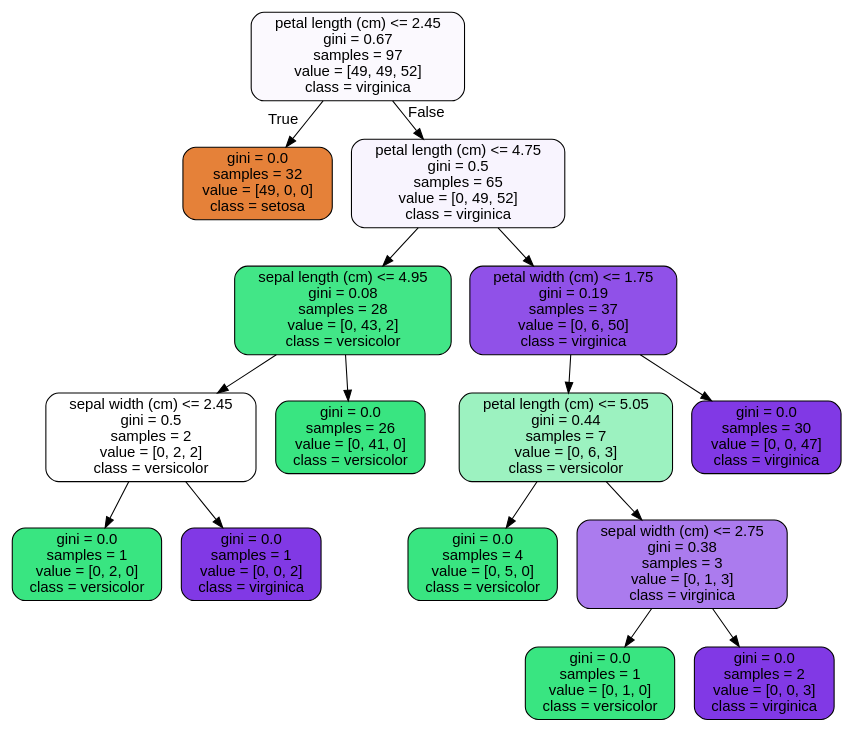
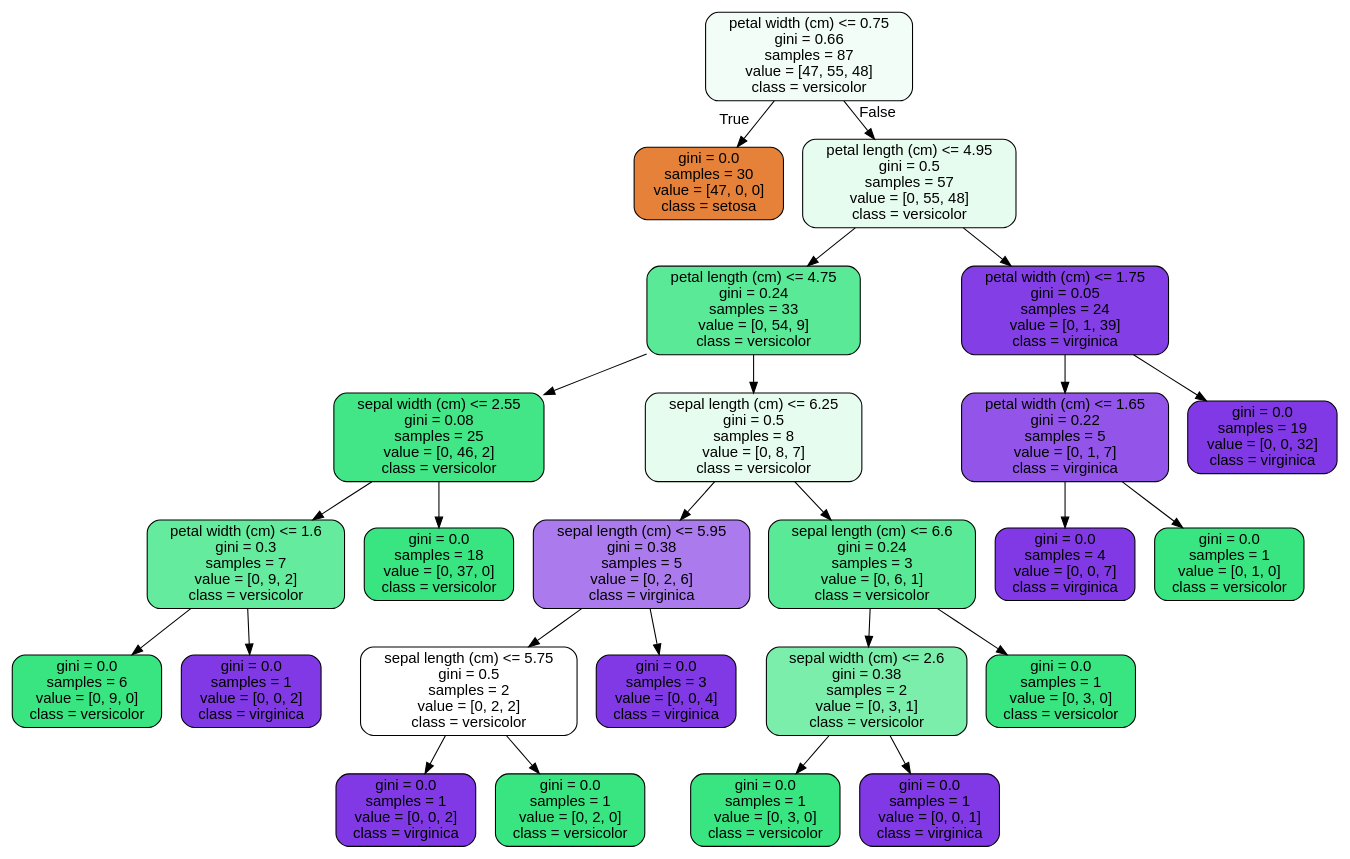
The diagram in Unit 14 - Supervised Learning/14.4 Random Forest Coronavirus case study/tree.dot (TSchwenn/dsc), drawn with Graphviz before and after one commit. The commit also changed 2 other files, not shown here.

```diff
--- a/Unit 14 - Supervised Learning/14.4 Random Forest Coronavirus case study/tree.dot
+++ b/Unit 14 - Supervised Learning/14.4 Random Forest Coronavirus case study/tree.dot
@@ -1,33 +1,53 @@
 digraph Tree {
 node [shape=box, style="filled, rounded", color="black", fontname="helvetica"] ;
 edge [fontname="helvetica"] ;
-0 [label="petal length (cm) <= 2.45\ngini = 0.67\nsamples = 97\nvalue = [49, 49, 52]\nclass = virginica", fillcolor="#fbf9fe"] ;
-1 [label="gini = 0.0\nsamples = 32\nvalue = [49, 0, 0]\nclass = setosa", fillcolor="#e58139"] ;
+0 [label="petal width (cm) <= 0.75\ngini = 0.66\nsamples = 87\nvalue = [47, 55, 48]\nclass = versicolor", fillcolor="#f1fdf6"] ;
+1 [label="gini = 0.0\nsamples = 30\nvalue = [47, 0, 0]\nclass = setosa", fillcolor="#e58139"] ;
 0 -> 1 [labeldistance=2.5, labelangle=45, headlabel="True"] ;
-2 [label="petal length (cm) <= 4.75\ngini = 0.5\nsamples = 65\nvalue = [0, 49, 52]\nclass = virginica", fillcolor="#f8f4fe"] ;
+2 [label="petal length (cm) <= 4.95\ngini = 0.5\nsamples = 57\nvalue = [0, 55, 48]\nclass = versicolor", fillcolor="#e6fcef"] ;
 0 -> 2 [labeldistance=2.5, labelangle=-45, headlabel="False"] ;
-3 [label="sepal length (cm) <= 4.95\ngini = 0.08\nsamples = 28\nvalue = [0, 43, 2]\nclass = versicolor", fillcolor="#42e687"] ;
+3 [label="petal length (cm) <= 4.75\ngini = 0.24\nsamples = 33\nvalue = [0, 54, 9]\nclass = versicolor", fillcolor="#5ae996"] ;
 2 -> 3 ;
-4 [label="sepal width (cm) <= 2.45\ngini = 0.5\nsamples = 2\nvalue = [0, 2, 2]\nclass = versicolor", fillcolor="#ffffff"] ;
+4 [label="sepal width (cm) <= 2.55\ngini = 0.08\nsamples = 25\nvalue = [0, 46, 2]\nclass = versicolor", fillcolor="#42e686"] ;
 3 -> 4 ;
-5 [label="gini = 0.0\nsamples = 1\nvalue = [0, 2, 0]\nclass = versicolor", fillcolor="#39e581"] ;
+5 [label="petal width (cm) <= 1.6\ngini = 0.3\nsamples = 7\nvalue = [0, 9, 2]\nclass = versicolor", fillcolor="#65eb9d"] ;
 4 -> 5 ;
-6 [label="gini = 0.0\nsamples = 1\nvalue = [0, 0, 2]\nclass = virginica", fillcolor="#8139e5"] ;
-4 -> 6 ;
-7 [label="gini = 0.0\nsamples = 26\nvalue = [0, 41, 0]\nclass = versicolor", fillcolor="#39e581"] ;
-3 -> 7 ;
-8 [label="petal width (cm) <= 1.75\ngini = 0.19\nsamples = 37\nvalue = [0, 6, 50]\nclass = virginica", fillcolor="#9051e8"] ;
-2 -> 8 ;
-9 [label="petal length (cm) <= 5.05\ngini = 0.44\nsamples = 7\nvalue = [0, 6, 3]\nclass = versicolor", fillcolor="#9cf2c0"] ;
-8 -> 9 ;
-10 [label="gini = 0.0\nsamples = 4\nvalue = [0, 5, 0]\nclass = versicolor", fillcolor="#39e581"] ;
+6 [label="gini = 0.0\nsamples = 6\nvalue = [0, 9, 0]\nclass = versicolor", fillcolor="#39e581"] ;
+5 -> 6 ;
+7 [label="gini = 0.0\nsamples = 1\nvalue = [0, 0, 2]\nclass = virginica", fillcolor="#8139e5"] ;
+5 -> 7 ;
+8 [label="gini = 0.0\nsamples = 18\nvalue = [0, 37, 0]\nclass = versicolor", fillcolor="#39e581"] ;
+4 -> 8 ;
+9 [label="sepal length (cm) <= 6.25\ngini = 0.5\nsamples = 8\nvalue = [0, 8, 7]\nclass = versicolor", fillcolor="#e6fcef"] ;
+3 -> 9 ;
+10 [label="sepal length (cm) <= 5.95\ngini = 0.38\nsamples = 5\nvalue = [0, 2, 6]\nclass = virginica", fillcolor="#ab7bee"] ;
 9 -> 10 ;
-11 [label="sepal width (cm) <= 2.75\ngini = 0.38\nsamples = 3\nvalue = [0, 1, 3]\nclass = virginica", fillcolor="#ab7bee"] ;
-9 -> 11 ;
-12 [label="gini = 0.0\nsamples = 1\nvalue = [0, 1, 0]\nclass = versicolor", fillcolor="#39e581"] ;
+11 [label="sepal length (cm) <= 5.75\ngini = 0.5\nsamples = 2\nvalue = [0, 2, 2]\nclass = versicolor", fillcolor="#ffffff"] ;
+10 -> 11 ;
+12 [label="gini = 0.0\nsamples = 1\nvalue = [0, 0, 2]\nclass = virginica", fillcolor="#8139e5"] ;
 11 -> 12 ;
-13 [label="gini = 0.0\nsamples = 2\nvalue = [0, 0, 3]\nclass = virginica", fillcolor="#8139e5"] ;
+13 [label="gini = 0.0\nsamples = 1\nvalue = [0, 2, 0]\nclass = versicolor", fillcolor="#39e581"] ;
 11 -> 13 ;
-14 [label="gini = 0.0\nsamples = 30\nvalue = [0, 0, 47]\nclass = virginica", fillcolor="#8139e5"] ;
-8 -> 14 ;
+14 [label="gini = 0.0\nsamples = 3\nvalue = [0, 0, 4]\nclass = virginica", fillcolor="#8139e5"] ;
+10 -> 14 ;
+15 [label="sepal length (cm) <= 6.6\ngini = 0.24\nsamples = 3\nvalue = [0, 6, 1]\nclass = versicolor", fillcolor="#5ae996"] ;
+9 -> 15 ;
+16 [label="sepal width (cm) <= 2.6\ngini = 0.38\nsamples = 2\nvalue = [0, 3, 1]\nclass = versicolor", fillcolor="#7beeab"] ;
+15 -> 16 ;
+17 [label="gini = 0.0\nsamples = 1\nvalue = [0, 3, 0]\nclass = versicolor", fillcolor="#39e581"] ;
+16 -> 17 ;
+18 [label="gini = 0.0\nsamples = 1\nvalue = [0, 0, 1]\nclass = virginica", fillcolor="#8139e5"] ;
+16 -> 18 ;
+19 [label="gini = 0.0\nsamples = 1\nvalue = [0, 3, 0]\nclass = versicolor", fillcolor="#39e581"] ;
+15 -> 19 ;
+20 [label="petal width (cm) <= 1.75\ngini = 0.05\nsamples = 24\nvalue = [0, 1, 39]\nclass = virginica", fillcolor="#843ee6"] ;
+2 -> 20 ;
+21 [label="petal width (cm) <= 1.65\ngini = 0.22\nsamples = 5\nvalue = [0, 1, 7]\nclass = virginica", fillcolor="#9355e9"] ;
+20 -> 21 ;
+22 [label="gini = 0.0\nsamples = 4\nvalue = [0, 0, 7]\nclass = virginica", fillcolor="#8139e5"] ;
+21 -> 22 ;
+23 [label="gini = 0.0\nsamples = 1\nvalue = [0, 1, 0]\nclass = versicolor", fillcolor="#39e581"] ;
+21 -> 23 ;
+24 [label="gini = 0.0\nsamples = 19\nvalue = [0, 0, 32]\nclass = virginica", fillcolor="#8139e5"] ;
+20 -> 24 ;
 }
```
